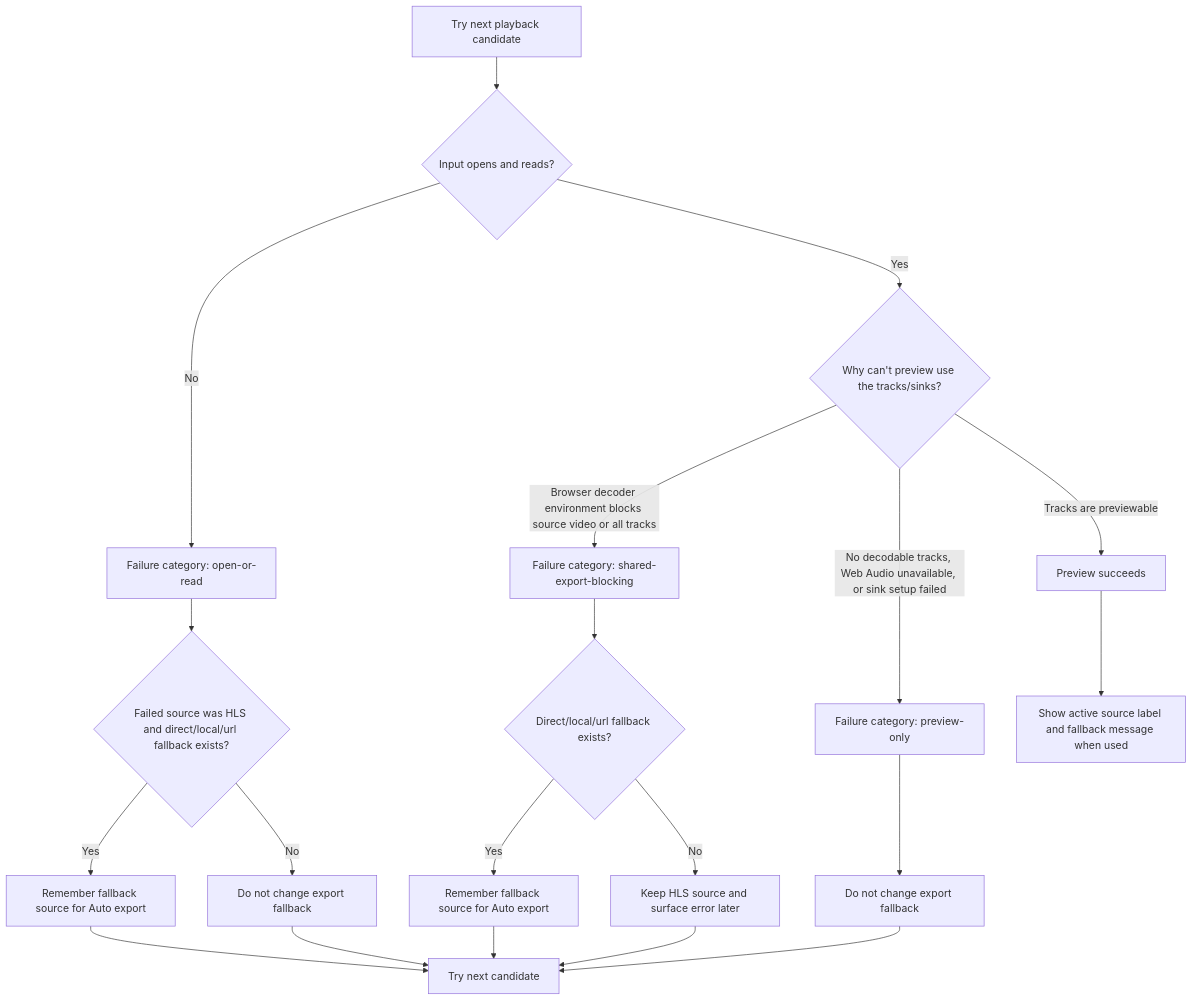
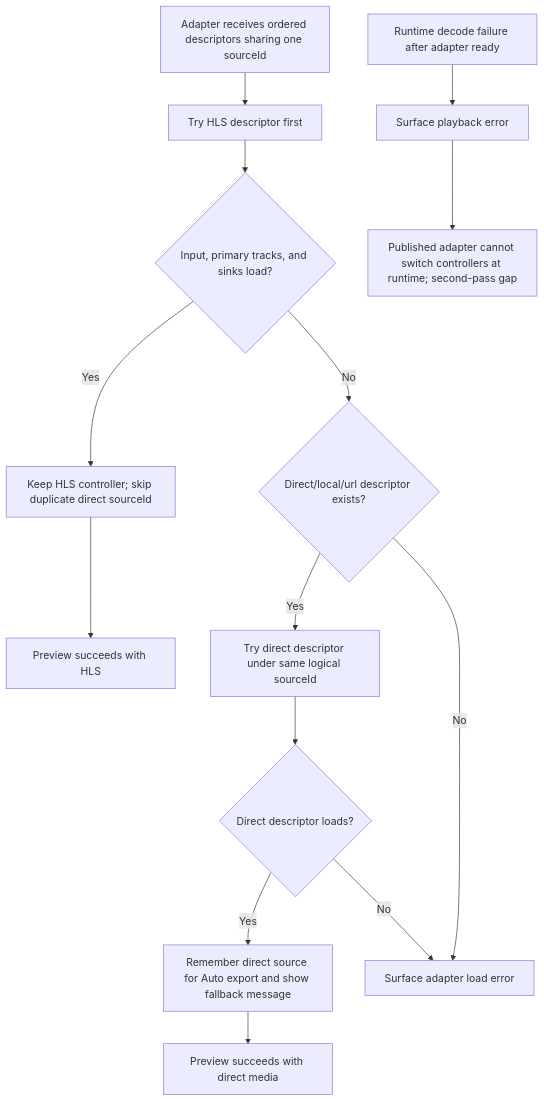
Before and after one commit to TechSquidTV/Cliparr: the fifth of 13 diagrams in .github/docs/diagrams.md, drawn with Mermaid. The commit also changed other lines of this file and 43 other files, not shown here.

Commit message:
feat(frontend)!: replace editor timeline engine

````diff
--- a/.github/docs/diagrams.md
+++ b/.github/docs/diagrams.md
@@ -140,25 +135,16 @@
 ```mermaid
 flowchart TD
-    A["Try next playback candidate"] --> B{"Input opens and reads?"}
-    B -- "No" --> C["Failure category: open-or-read"]
-    C --> D{"Failed source was HLS and direct/local/url fallback exists?"}
-    D -- "Yes" --> E["Remember fallback source for Auto export"]
-    D -- "No" --> F["Do not change export fallback"]
-    E --> G["Try next candidate"]
-    F --> G
-
-    B -- "Yes" --> H{"Why can't preview use the tracks/sinks?"}
-    H -- "Browser decoder environment blocks source video or all tracks" --> I["Failure category: shared-export-blocking"]
-    I --> J{"Direct/local/url fallback exists?"}
-    J -- "Yes" --> K["Remember fallback source for Auto export"]
-    J -- "No" --> L["Keep HLS source and surface error later"]
-    K --> G
-    L --> G
-
-    H -- "No decodable tracks, Web Audio unavailable, or sink setup failed" --> M["Failure category: preview-only"]
-    M --> N["Do not change export fallback"]
-    N --> G
-
-    H -- "Tracks are previewable" --> O["Preview succeeds"]
-    O --> P["Show active source label and fallback message when used"]
+    A["Adapter receives ordered descriptors sharing one sourceId"] --> B["Try HLS descriptor first"]
+    B --> C{"Input, primary tracks, and sinks load?"}
+    C -- "Yes" --> D["Keep HLS controller; skip duplicate direct sourceId"]
+    C -- "No" --> E{"Direct/local/url descriptor exists?"}
+    E -- "Yes" --> F["Try direct descriptor under same logical sourceId"]
+    E -- "No" --> G["Surface adapter load error"]
+    F --> H{"Direct descriptor loads?"}
+    H -- "Yes" --> I["Remember direct source for Auto export and show fallback message"]
+    H -- "No" --> G
+    D --> J["Preview succeeds with HLS"]
+    I --> K["Preview succeeds with direct media"]
+    L["Runtime decode failure after adapter ready"] --> M["Surface playback error"]
+    M --> N["Published adapter cannot switch controllers at runtime; second-pass gap"]
 ```
````
